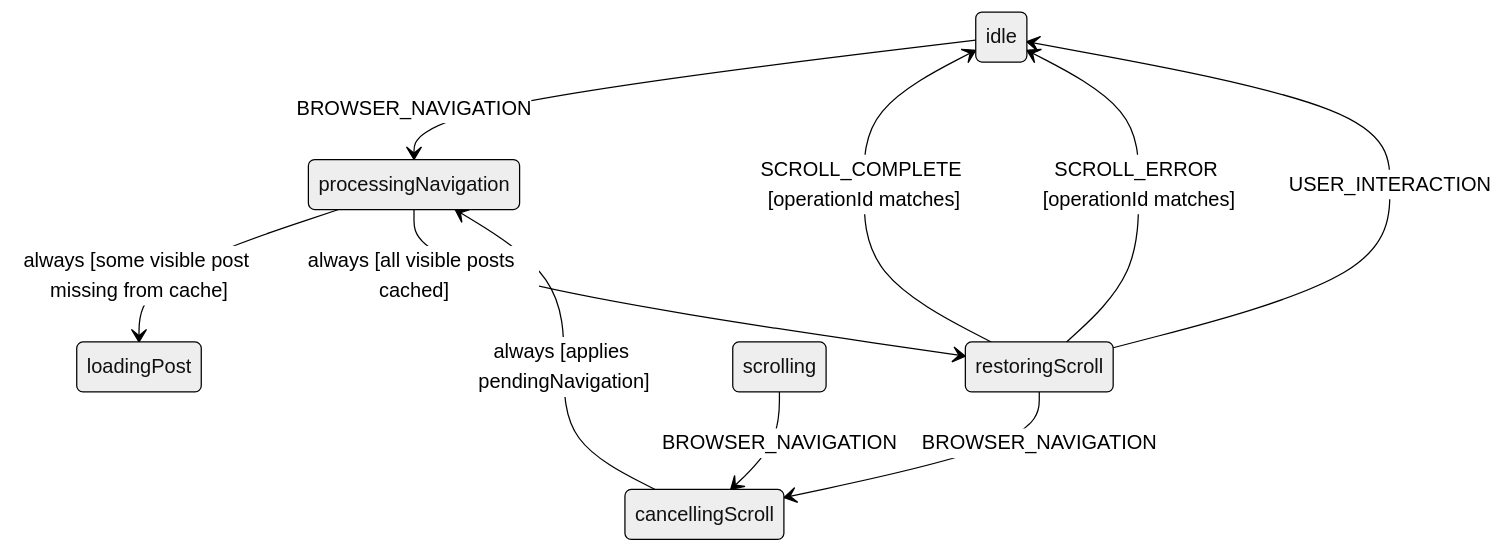
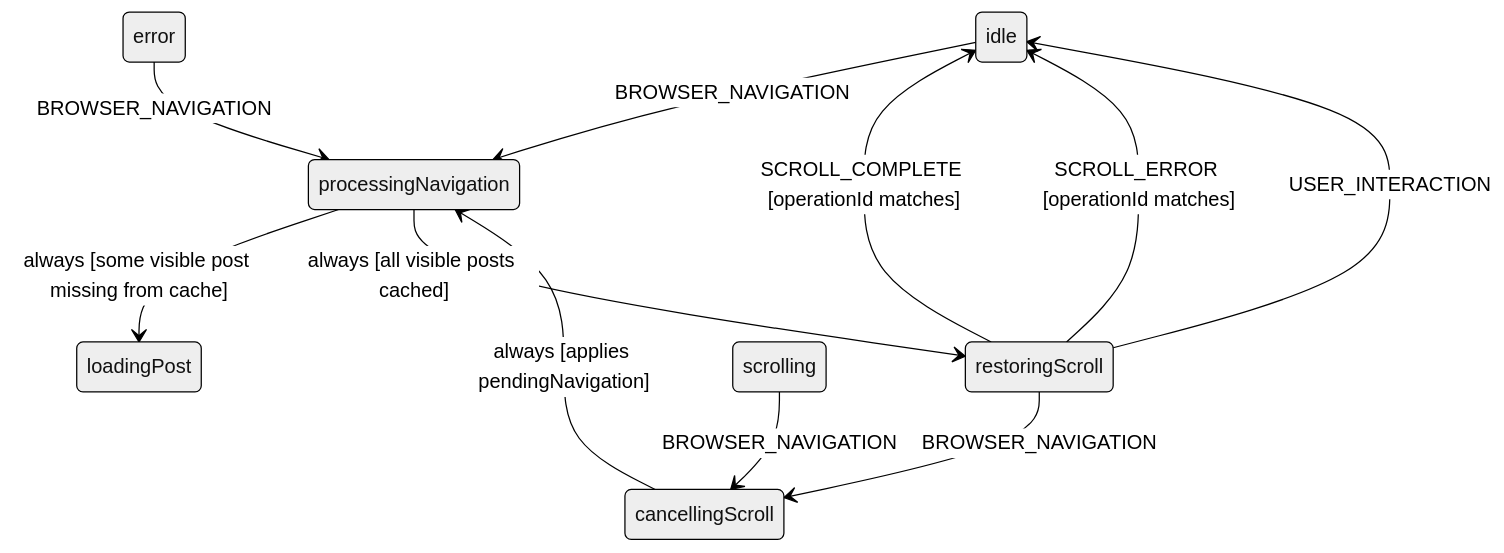
One commit to saleebm/copt-dev changed the second of 8 diagrams in docs/post-stack-statecharts.md. Above: the diagram before and after it, drawn with Mermaid (neutral theme). The commit also changed other lines of this file and 5 other files, not shown here.

````diff
--- a/docs/post-stack-statecharts.md
+++ b/docs/post-stack-statecharts.md
@@ -84,15 +85,16 @@
 ```mermaid
 stateDiagram-v2
   idle --> processingNavigation: BROWSER_NAVIGATION
+  error --> processingNavigation: BROWSER_NAVIGATION
 
   processingNavigation --> loadingPost: always [some visible post missing from cache]
   processingNavigation --> restoringScroll: always [all visible posts cached]
 
   restoringScroll --> idle: SCROLL_COMPLETE [operationId matches]
   restoringScroll --> idle: SCROLL_ERROR [operationId matches]
   restoringScroll --> idle: USER_INTERACTION
 
   scrolling --> cancellingScroll: BROWSER_NAVIGATION
   restoringScroll --> cancellingScroll: BROWSER_NAVIGATION
   cancellingScroll --> processingNavigation: always [applies pendingNavigation]
 ```
````
